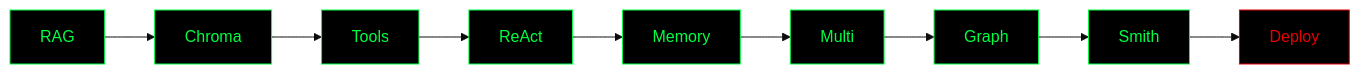
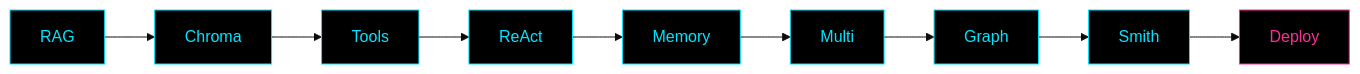
One commit to Debajyoti02-mac/Debajyoti02-mac changed the diagram in README.md. Above: the diagram before and after it, drawn with Mermaid (base theme). The commit also changed other lines of this file, not shown here.

````diff
--- a/README.md
+++ b/README.md
@@ -11,8 +11,8 @@
 ```mermaid
 flowchart LR
     A[RAG] --> B[Chroma] --> C[Tools] --> D[ReAct] --> E[Memory] --> F[Multi] --> G[Graph] --> H[Smith] --> I[Deploy]
-    classDef n fill:#000,stroke:#00ff41,color:#00ff41;
-    classDef r fill:#000,stroke:#e60000,color:#e60000;
+    classDef n fill:#000,stroke:#00e5ff,color:#00e5ff;
+    classDef r fill:#000,stroke:#ff2e97,color:#ff2e97;
     class A,B,C,D,E,F,G,H n;
     class I r;
 ```
````
